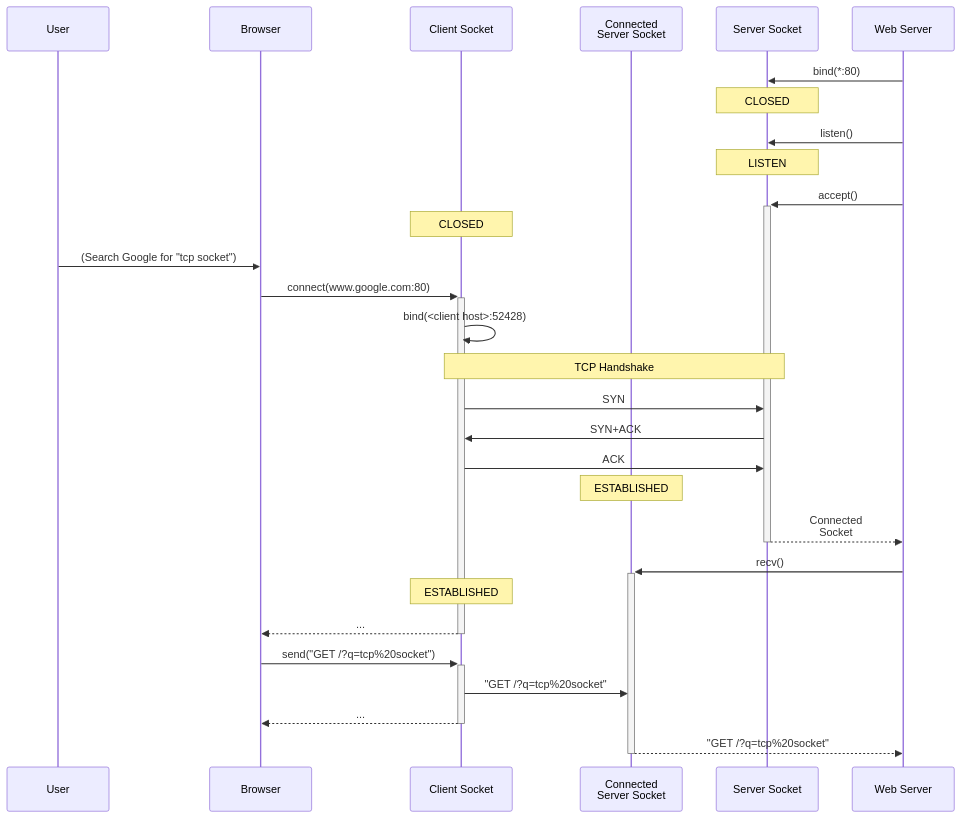
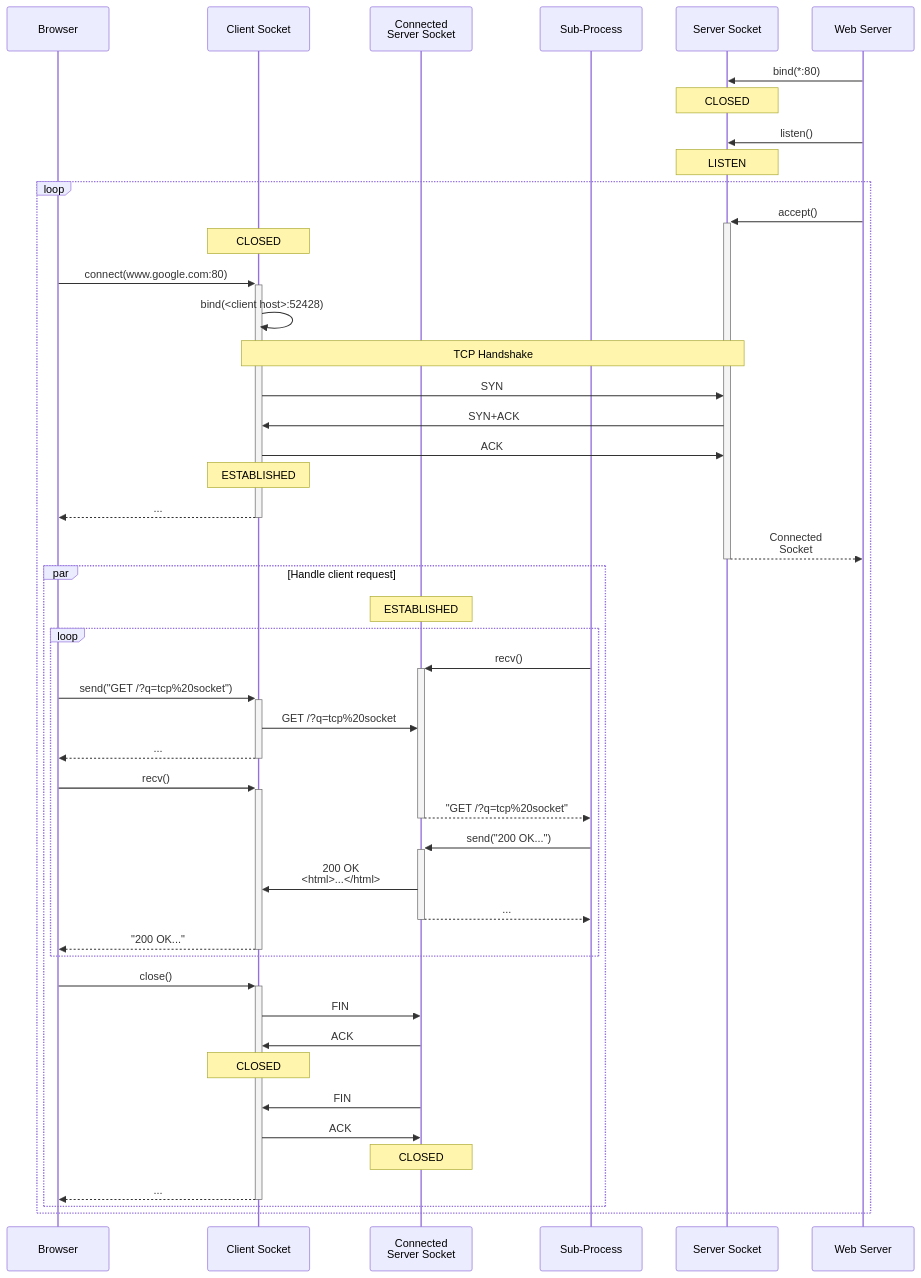
One commit to roninbar/ip-tcp-http changed the fourth of 4 diagrams in README.md. Above: the diagram before and after it, drawn with Mermaid. The commit also changed other lines of this file, not shown here.

````diff
--- a/README.md
+++ b/README.md
@@ -253,31 +257,51 @@
 ```mermaid
 sequenceDiagram
-participant user as User
+%% participant user as User
 participant client as Browser
 participant csocket as Client Socket
 participant ssocket2 as Connected <br/> Server Socket
+participant server2 as Sub-Process
 participant ssocket as Server Socket
 participant server as Web Server
 server->>ssocket: bind(*:80)
 Note over ssocket: CLOSED
 server->>ssocket: listen()
 Note over ssocket: LISTEN
+loop
 server->>+ssocket: accept()
 Note over csocket: CLOSED
-user->>client: (Search Google for "tcp socket")
+%% user->>client: (Search Google for "tcp socket")
 client->>+csocket: connect(www.google.com:80)
 csocket->>csocket: bind(<client host>:52428)
 Note over csocket,ssocket: TCP Handshake
 csocket->>ssocket: SYN
 ssocket->>csocket: SYN+ACK
 csocket->>ssocket: ACK
-Note over ssocket2: ESTABLISHED
-ssocket-->>-server: Connected<br/>Socket
-server->>+ssocket2: recv()
 Note over csocket: ESTABLISHED
 csocket-->>-client: ...
+ssocket-->>-server: Connected<br/>Socket
+par Handle client request
+Note over ssocket2: ESTABLISHED
+loop
+server2->>+ssocket2: recv()
 client->>+csocket: send("GET /?q=tcp%20socket")
-csocket->>ssocket2: "GET /?q=tcp%20socket"
+csocket->>ssocket2: GET /?q=tcp%20socket
 csocket-->>-client: ...
-ssocket2-->>-server: "GET /?q=tcp%20socket"
+client->>+csocket: recv()
+ssocket2-->>-server2: "GET /?q=tcp%20socket"
+server2->>+ssocket2: send("200 OK...")
+ssocket2->>csocket: 200 OK <br/> <html>...</html>
+ssocket2-->>-server2: ...
+csocket-->>-client: "200 OK..."
+end
+client->>+csocket: close()
+csocket->>ssocket2: FIN
+ssocket2->>csocket: ACK
+Note over csocket: CLOSED
+ssocket2->>csocket: FIN
+csocket->>ssocket2: ACK
+Note over ssocket2: CLOSED
+csocket-->>-client: ...
+end
+end
 ```
````
